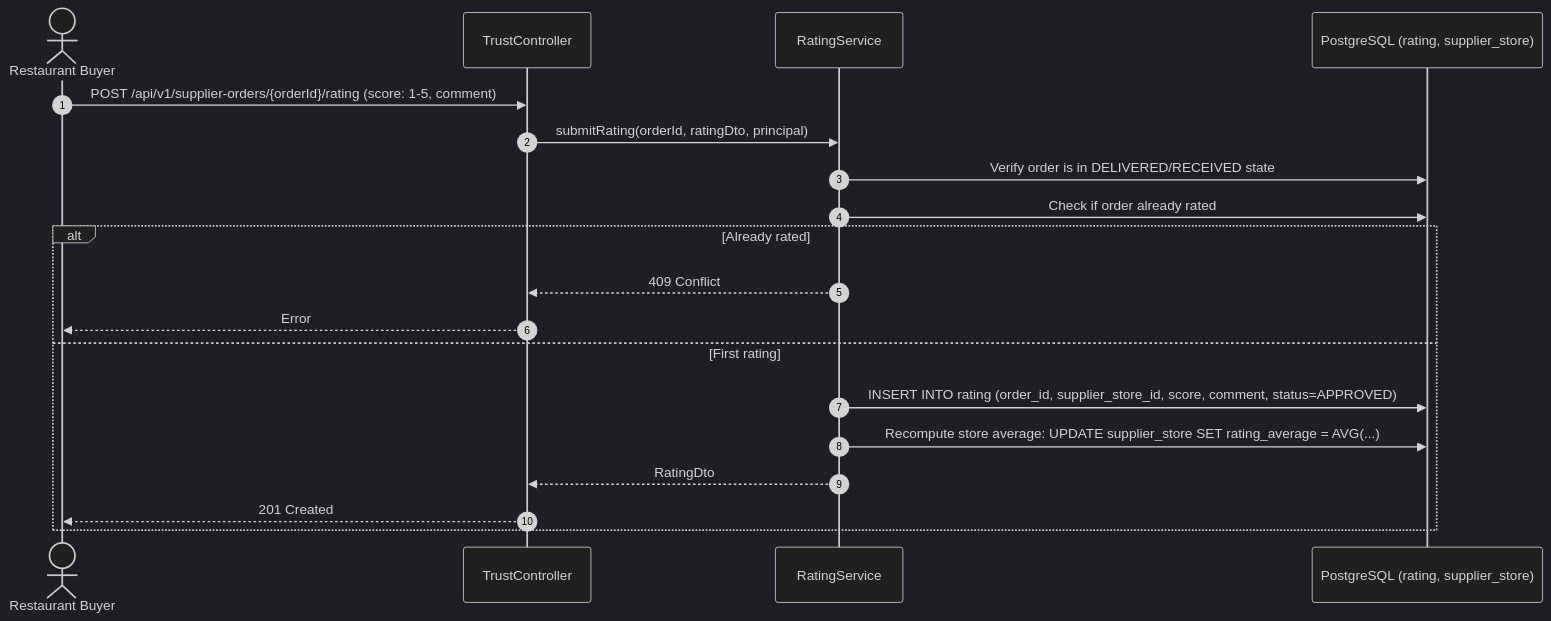
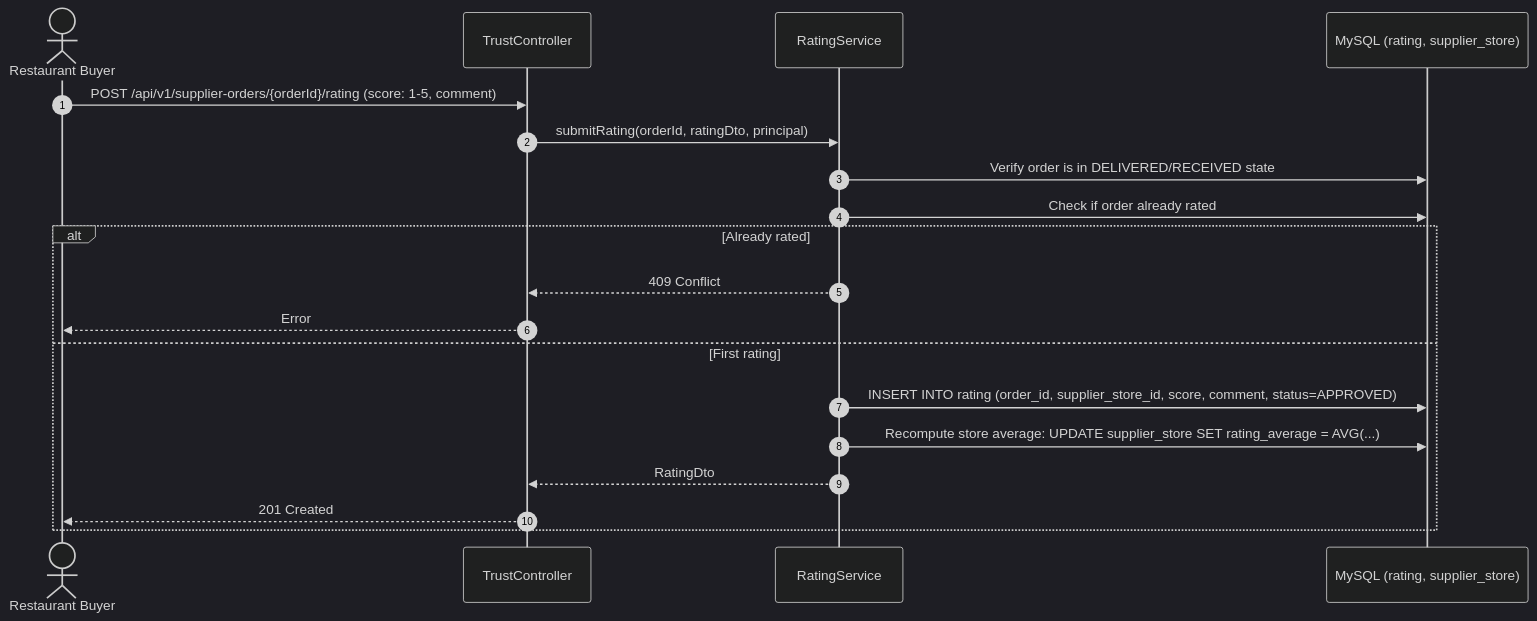
The fourth of 4 diagrams in docs/architecture/sequence-diagrams/04-trust-and-disputes.md (narasimha-reddy/costonomy-mp-api), drawn with Mermaid (dark theme) before and after one commit. The commit also changed other lines of this file and 19 other files, not shown here.

First line of the commit message:
docs(delivery): current state, diagrams, decisions D-204 to D-207, changelog and traceability

````diff
--- a/docs/architecture/sequence-diagrams/04-trust-and-disputes.md
+++ b/docs/architecture/sequence-diagrams/04-trust-and-disputes.md
@@ -128,22 +128,22 @@
 ```mermaid
 sequenceDiagram
     autonumber
     actor Restaurant as Restaurant Buyer
     participant TC as TrustController
     participant RS as RatingService
-    participant DB as PostgreSQL (rating, supplier_store)
+    participant DB as MySQL (rating, supplier_store)
 
     Restaurant->>TC: POST /api/v1/supplier-orders/{orderId}/rating (score: 1-5, comment)
     TC->>RS: submitRating(orderId, ratingDto, principal)
     RS->>DB: Verify order is in DELIVERED/RECEIVED state
     RS->>DB: Check if order already rated
     alt Already rated
         RS-->>TC: 409 Conflict
         TC-->>Restaurant: Error
     else First rating
         RS->>DB: INSERT INTO rating (order_id, supplier_store_id, score, comment, status=APPROVED)
         RS->>DB: Recompute store average: UPDATE supplier_store SET rating_average = AVG(...)
         RS-->>TC: RatingDto
         TC-->>Restaurant: 201 Created
     end
 ```
````
